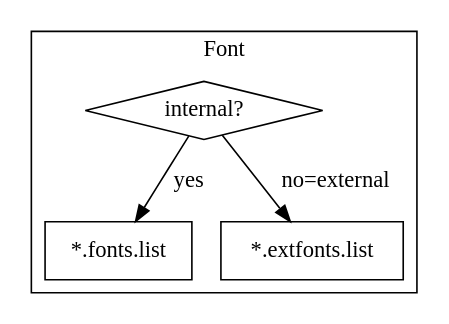
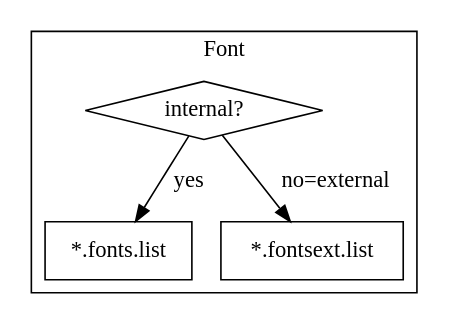
Before and after one commit to MicroEJ/docs: the diagram in ApplicationDeveloperGuide/UI/MicroUI/fonts.rst, drawn with Graphviz. The commit also changed 2 other files, not shown here.

Commit message:
fix images and fonts extension file

```diff
--- a/ApplicationDeveloperGuide/UI/MicroUI/fonts.rst
+++ b/ApplicationDeveloperGuide/UI/MicroUI/fonts.rst
@@ -12,13 +12,13 @@
 .. graphviz::
 
   digraph D {
   
       internalFont [shape=diamond, label="internal?"]
       fontsList [shape=box, label="*.fonts.list"]
-      fontsExt [shape=box, label="*.extfonts.list"]
+      fontsExt [shape=box, label="*.fontsext.list"]
       subgraph cluster_font {
           label ="Font"
           internalFont -> fontsList [label="yes"]
           internalFont -> fontsExt [label="no=external"]
       }
   }
```
